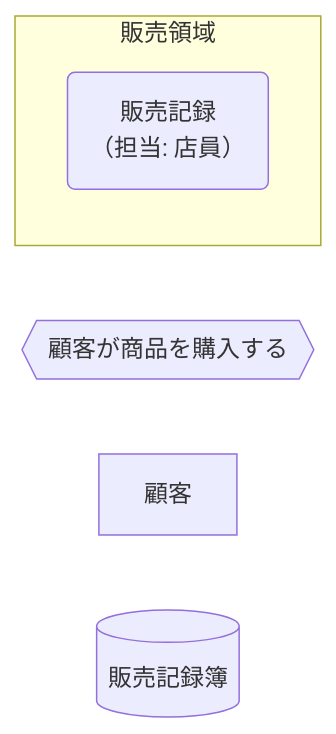
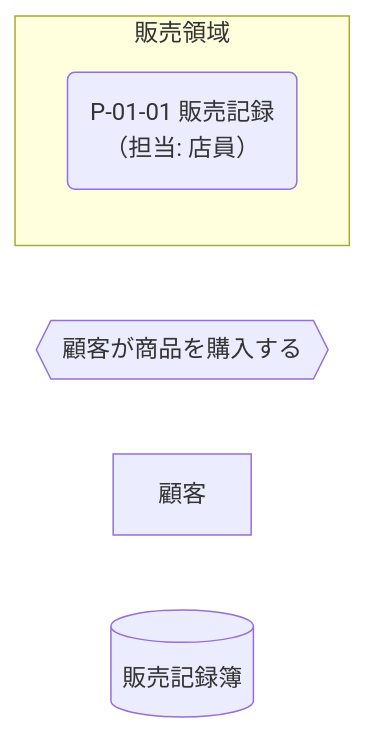
Before and after one commit to specdojo/specdojo: the first of 5 diagrams in docs/ja/specdojo/rulebooks/cdfd-mermaid-rulebook.md, drawn with Mermaid. The commit also changed other lines of this file and 12 other files, not shown here.

````diff
--- a/docs/ja/specdojo/rulebooks/cdfd-mermaid-rulebook.md
+++ b/docs/ja/specdojo/rulebooks/cdfd-mermaid-rulebook.md
@@ -127,9 +118,9 @@
 ```mermaid
 flowchart LR
   subgraph 販売領域["販売領域"]
-    販売記録("販売記録<br>（担当: 店員）")
+    販売記録("P-01-01 販売記録<br>（担当: 店員）")
   end
   購入要求{{"顧客が商品を購入する"}}
   顧客["顧客"]
   販売記録簿[("販売記録簿")]
 ```
````
